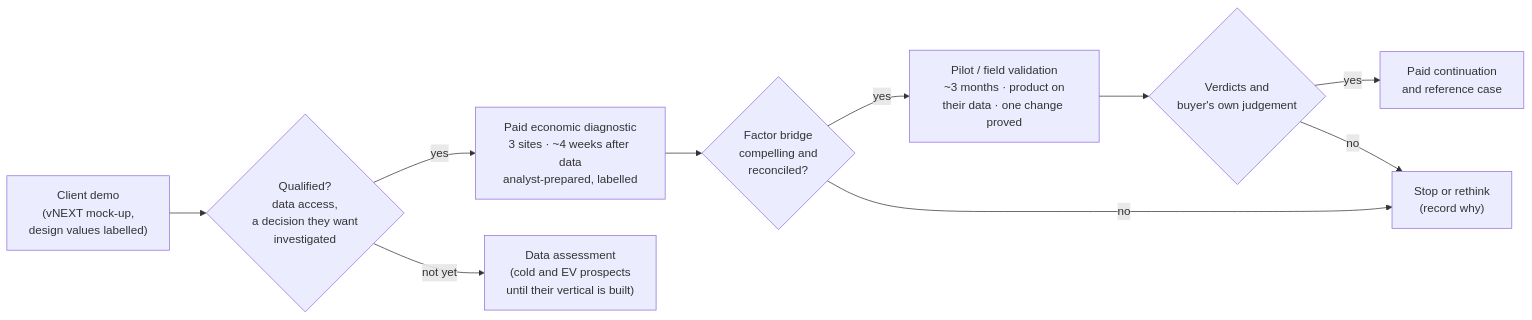
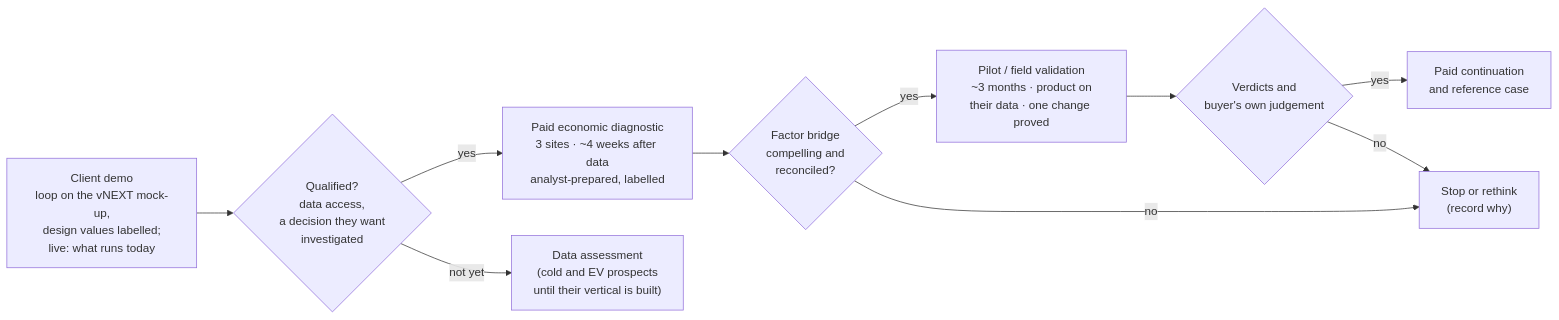
The fourth of 9 diagrams in Docs/demo-sprint/product-direction-layer4/product-transition-and-roadmap.md (bineyame/AssetOpsV1), drawn with Mermaid before and after one commit. The commit also changed other lines of this file and 4 other files, not shown here.

````diff
--- a/Docs/demo-sprint/product-direction-layer4/product-transition-and-roadmap.md
+++ b/Docs/demo-sprint/product-direction-layer4/product-transition-and-roadmap.md
@@ -162,12 +162,12 @@
 ```mermaid
 flowchart LR
-  D["Client demo<br/>(vNEXT mock-up,<br/>design values labelled)"] --> Q{"Qualified?<br/>data access,<br/>a decision they want<br/>investigated"}
+  D["Client demo<br/>loop on the vNEXT mock-up,<br/>design values labelled;<br/>live: what runs today"] --> Q{"Qualified?<br/>data access,<br/>a decision they want<br/>investigated"}
   Q -- yes --> DG["Paid economic diagnostic<br/>3 sites · ~4 weeks after data<br/>analyst-prepared, labelled"]
   Q -- "not yet" --> DA["Data assessment<br/>(cold and EV prospects<br/>until their vertical is built)"]
   DG --> G1{"Factor bridge<br/>compelling and<br/>reconciled?"}
   G1 -- yes --> PI["Pilot / field validation<br/>~3 months · product on<br/>their data · one change proved"]
   G1 -- no --> R["Stop or rethink<br/>(record why)"]
   PI --> G2{"Verdicts and<br/>buyer's own judgement"}
   G2 -- yes --> SUB["Paid continuation<br/>and reference case"]
   G2 -- no --> R
 ```
````
